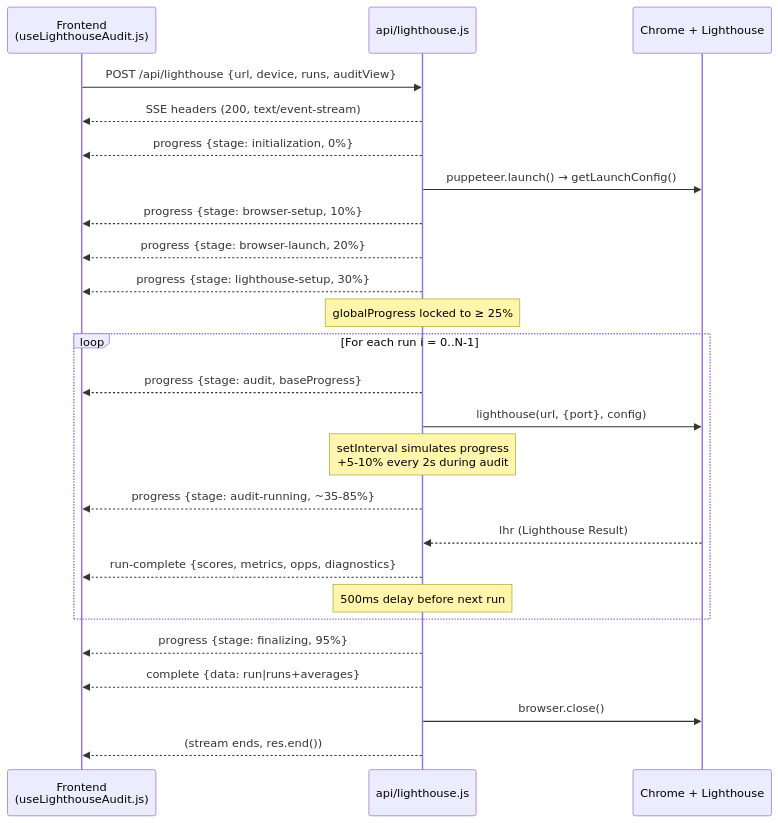
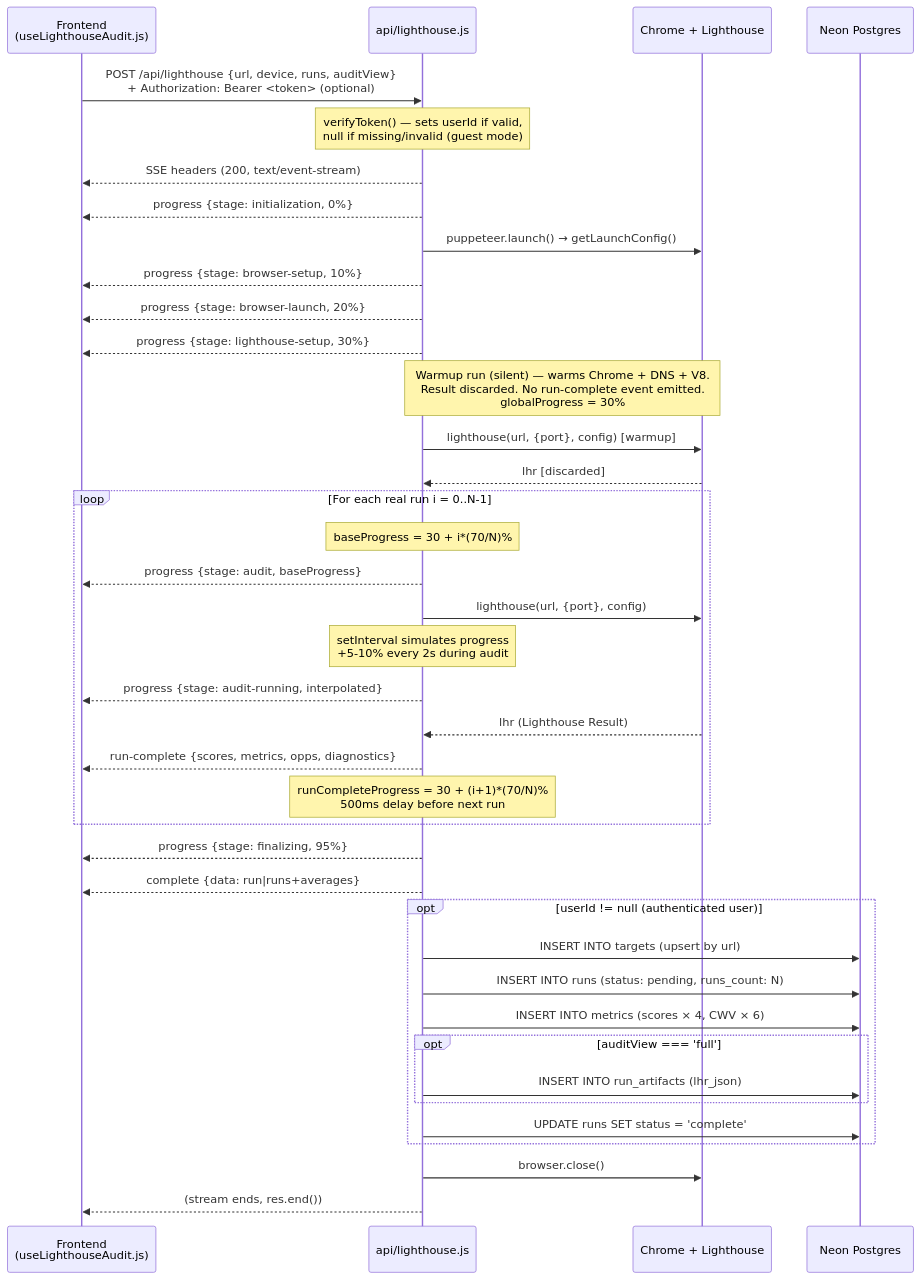
Before and after one commit to jainil04/lighthouse-performance-tests: the second of 2 diagrams in docs/architecture.md, drawn with Mermaid. The commit also changed other lines of this file and 33 other files, not shown here.

First line of the commit message:
[FEATURE] Implement authentication flow with login/signup and history views

````diff
--- a/docs/architecture.md
+++ b/docs/architecture.md
@@ -59,30 +65,48 @@
 ```mermaid
 sequenceDiagram
     participant FE as Frontend<br/>(useLighthouseAudit.js)
     participant API as api/lighthouse.js
     participant CH as Chrome + Lighthouse
+    participant DB as Neon Postgres
 
-    FE->>API: POST /api/lighthouse {url, device, runs, auditView}
+    FE->>API: POST /api/lighthouse {url, device, runs, auditView}<br/>+ Authorization: Bearer <token> (optional)
+    Note over API: verifyToken() — sets userId if valid,<br/>null if missing/invalid (guest mode)
     API-->>FE: SSE headers (200, text/event-stream)
     API-->>FE: progress {stage: initialization, 0%}
     API->>CH: puppeteer.launch() → getLaunchConfig()
     API-->>FE: progress {stage: browser-setup, 10%}
     API-->>FE: progress {stage: browser-launch, 20%}
     API-->>FE: progress {stage: lighthouse-setup, 30%}
-    Note over API: globalProgress locked to ≥ 25%
 
-    loop For each run i = 0..N-1
+    Note over API,CH: Warmup run (silent) — warms Chrome + DNS + V8.<br/>Result discarded. No run-complete event emitted.<br/>globalProgress = 30%
+
+    API->>CH: lighthouse(url, {port}, config) [warmup]
+    CH-->>API: lhr [discarded]
+
+    loop For each real run i = 0..N-1
+        Note over API: baseProgress = 30 + i*(70/N)%
         API-->>FE: progress {stage: audit, baseProgress}
         API->>CH: lighthouse(url, {port}, config)
         Note over API: setInterval simulates progress<br/>+5-10% every 2s during audit
-        API-->>FE: progress {stage: audit-running, ~35-85%}
+        API-->>FE: progress {stage: audit-running, interpolated}
         CH-->>API: lhr (Lighthouse Result)
         API-->>FE: run-complete {scores, metrics, opps, diagnostics}
-        Note over API: 500ms delay before next run
+        Note over API: runCompleteProgress = 30 + (i+1)*(70/N)%<br/>500ms delay before next run
     end
 
     API-->>FE: progress {stage: finalizing, 95%}
     API-->>FE: complete {data: run|runs+averages}
+
+    opt userId != null (authenticated user)
+        API->>DB: INSERT INTO targets (upsert by url)
+        API->>DB: INSERT INTO runs (status: pending, runs_count: N)
+        API->>DB: INSERT INTO metrics (scores × 4, CWV × 6)
+        opt auditView === 'full'
+            API->>DB: INSERT INTO run_artifacts (lhr_json)
+        end
+        API->>DB: UPDATE runs SET status = 'complete'
+    end
+
     API->>CH: browser.close()
     API-->>FE: (stream ends, res.end())
 ```
````
